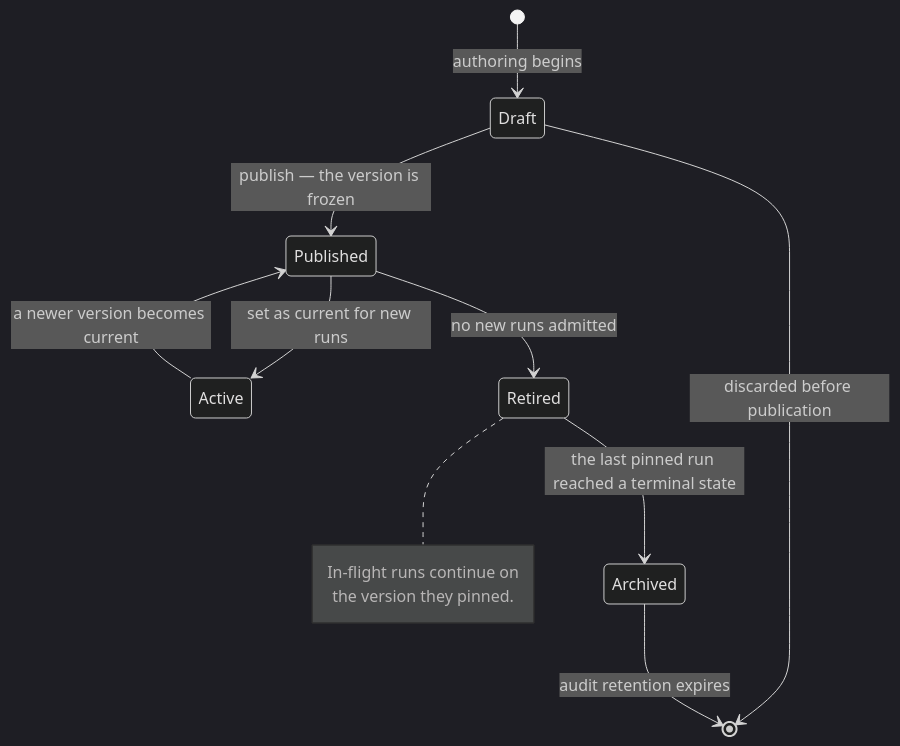
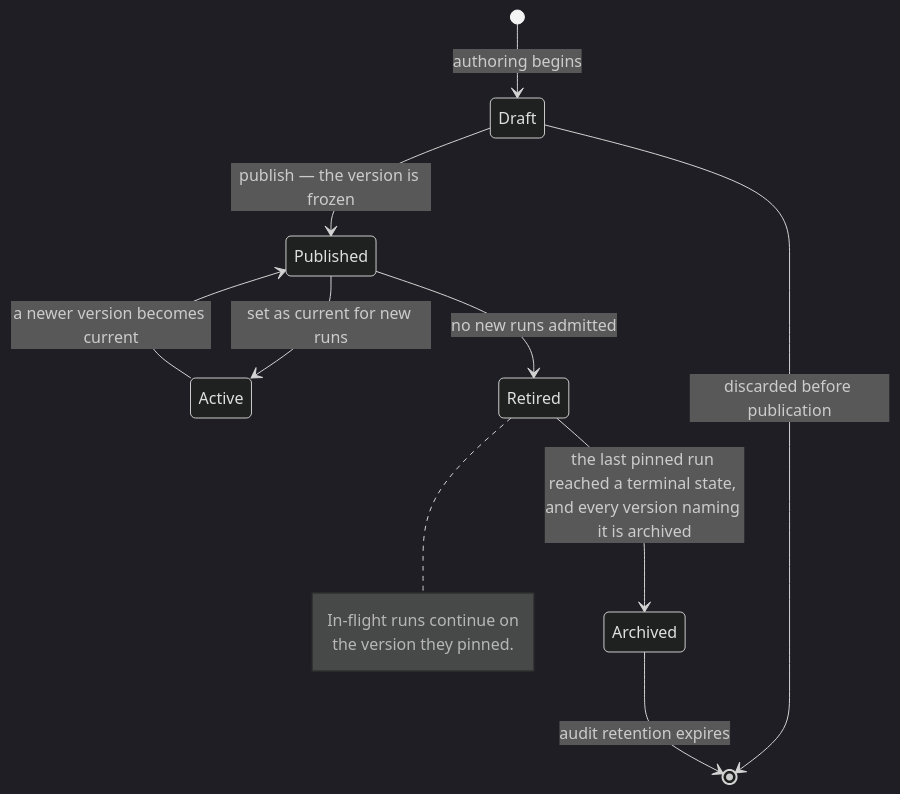
The third of 4 diagrams in docs/20-domain/lifecycle-state-machines.md (ayesigapaul/orchestra), drawn with Mermaid (dark theme) before and after one commit. The commit also changed other lines of this file and 56 other files, not shown here.

````diff
--- a/docs/20-domain/lifecycle-state-machines.md
+++ b/docs/20-domain/lifecycle-state-machines.md
@@ -212,15 +263,15 @@
 ```mermaid
 stateDiagram-v2
   [*] --> Draft: authoring begins
   Draft --> Published: publish — the version is frozen
   Draft --> [*]: discarded before publication
   Published --> Active: set as current for new runs
   Active --> Published: a newer version becomes current
   Published --> Retired: no new runs admitted
-  Retired --> Archived: the last pinned run reached a terminal state
+  Retired --> Archived: the last pinned run reached a terminal state, and every version naming it is archived
   Archived --> [*]: audit retention expires
   note right of Retired
     In-flight runs continue on
     the version they pinned.
   end note
 ```
````
